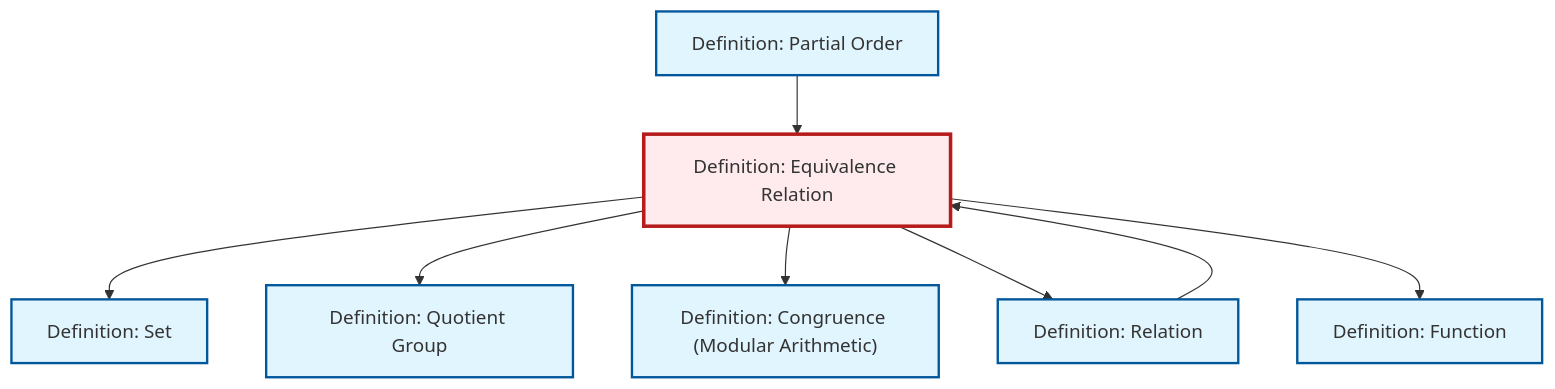
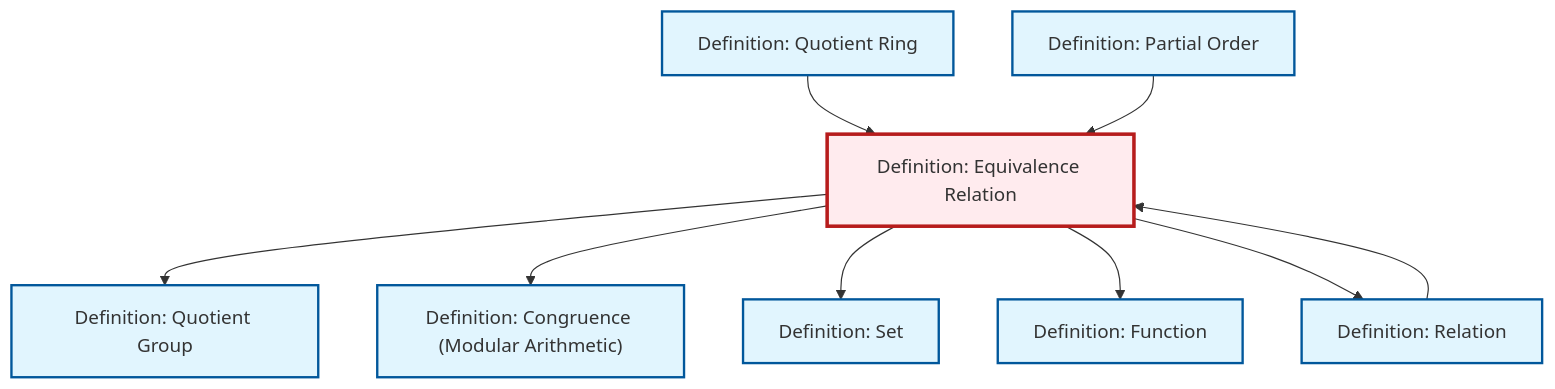
The diagram in content/en/logic-set-theory/def-equivalence-relation.qmd (RK0429/ModernMath), drawn with Mermaid before and after one commit. The commit also changed 597 other files, not shown here.

````diff
--- a/content/en/logic-set-theory/def-equivalence-relation.qmd
+++ b/content/en/logic-set-theory/def-equivalence-relation.qmd
@@ -115,30 +115,33 @@
 ```{mermaid}
 %%| fig-cap: "Local dependency graph"
 graph TD
     classDef definition fill:#e1f5fe,stroke:#01579b,stroke-width:2px
     classDef theorem fill:#f3e5f5,stroke:#4a148c,stroke-width:2px
     classDef axiom fill:#fff3e0,stroke:#e65100,stroke-width:2px
     classDef example fill:#e8f5e9,stroke:#1b5e20,stroke-width:2px
     classDef current fill:#ffebee,stroke:#b71c1c,stroke-width:3px
+    def-partial-order["Definition: Partial Order"]:::definition
+    def-equivalence-relation["Definition: Equivalence Relation"]:::definition
+    def-congruence["Definition: Congruence (Modular Arithmetic)"]:::definition
     def-function["Definition: Function"]:::definition
-    def-equivalence-relation["Definition: Equivalence Relation"]:::definition
+    def-quotient-ring["Definition: Quotient Ring"]:::definition
+    def-set["Definition: Set"]:::definition
     def-quotient-group["Definition: Quotient Group"]:::definition
-    def-partial-order["Definition: Partial Order"]:::definition
-    def-congruence["Definition: Congruence (Modular Arithmetic)"]:::definition
     def-relation["Definition: Relation"]:::definition
-    def-set["Definition: Set"]:::definition
+    def-equivalence-relation --> def-quotient-group
+    def-quotient-ring --> def-equivalence-relation
+    def-equivalence-relation --> def-congruence
+    def-partial-order --> def-equivalence-relation
     def-equivalence-relation --> def-set
-    def-equivalence-relation --> def-quotient-group
-    def-equivalence-relation --> def-congruence
+    def-equivalence-relation --> def-function
     def-relation --> def-equivalence-relation
     def-equivalence-relation --> def-relation
-    def-partial-order --> def-equivalence-relation
-    def-equivalence-relation --> def-function
     class def-equivalence-relation current
-    click def-function "def-function.html" "Go to Function definition"
-    click def-quotient-group "def-quotient-group.html" "Go to Quotient Group definition"
     click def-partial-order "def-partial-order.html" "Go to Partial Order definition"
     click def-congruence "def-congruence.html" "Go to Congruence (Modular Arithmetic) definition"
+    click def-function "def-function.html" "Go to Function definition"
+    click def-quotient-ring "def-quotient-ring.html" "Go to Quotient Ring definition"
+    click def-set "def-set.html" "Go to Set definition"
+    click def-quotient-group "def-quotient-group.html" "Go to Quotient Group definition"
     click def-relation "def-relation.html" "Go to Relation definition"
-    click def-set "def-set.html" "Go to Set definition"
 ```
````
